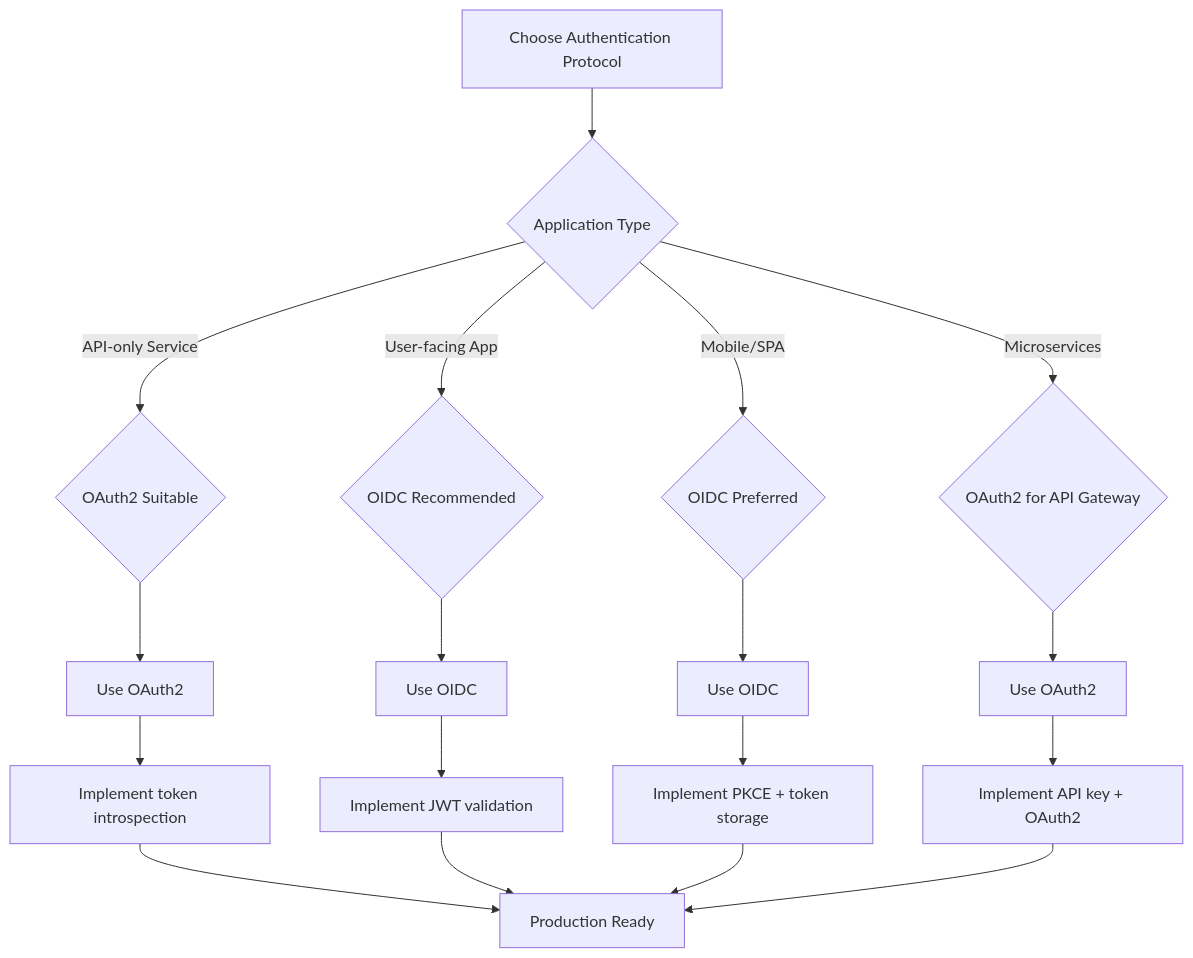
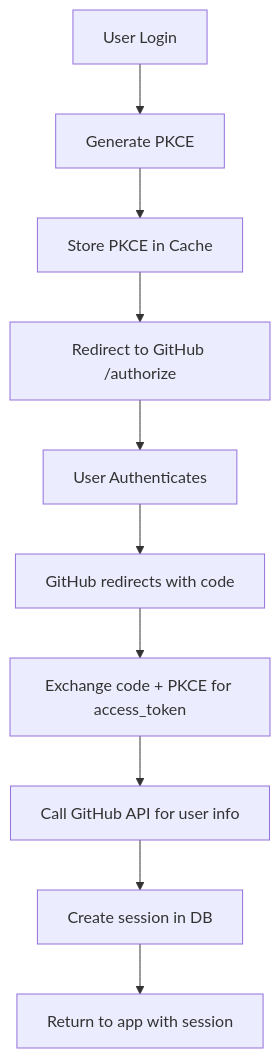
One commit to ArunN07/oidc_oauth2_implementation changed the seventh of 12 diagrams in README.md. Above: the diagram before and after it, drawn with Mermaid. The commit also changed other lines of this file and 12 other files, not shown here.

````diff
--- a/README.md
+++ b/README.md
@@ -883,24 +268,12 @@
 ```mermaid
-flowchart TD
-    A[Choose Authentication Protocol] --> B{Application Type}
-    
-    B -->|API-only Service| C{OAuth2 Suitable}
-    B -->|User-facing App| D{OIDC Recommended}
-    B -->|Mobile/SPA| E{OIDC Preferred}
-    B -->|Microservices| F{OAuth2 for API Gateway}
-    
-    C --> G[Use OAuth2]
-    D --> H[Use OIDC]
-    E --> I[Use OIDC]
-    F --> J[Use OAuth2]
-    
-    G --> K[Implement token introspection]
-    H --> L[Implement JWT validation]
-    I --> M[Implement PKCE + token storage]
-    J --> N[Implement API key + OAuth2]
-    
-    K --> O[Production Ready]
-    L --> O
-    M --> O
-    N --> O
+graph TD
+    A[User Login] --> B[Generate PKCE]
+    B --> C[Store PKCE in Cache]
+    C --> D[Redirect to GitHub /authorize]
+    D --> E[User Authenticates]
+    E --> F[GitHub redirects with code]
+    F --> G[Exchange code + PKCE for access_token]
+    G --> H[Call GitHub API for user info]
+    H --> I[Create session in DB]
+    I --> J[Return to app with session]
 ```
````
